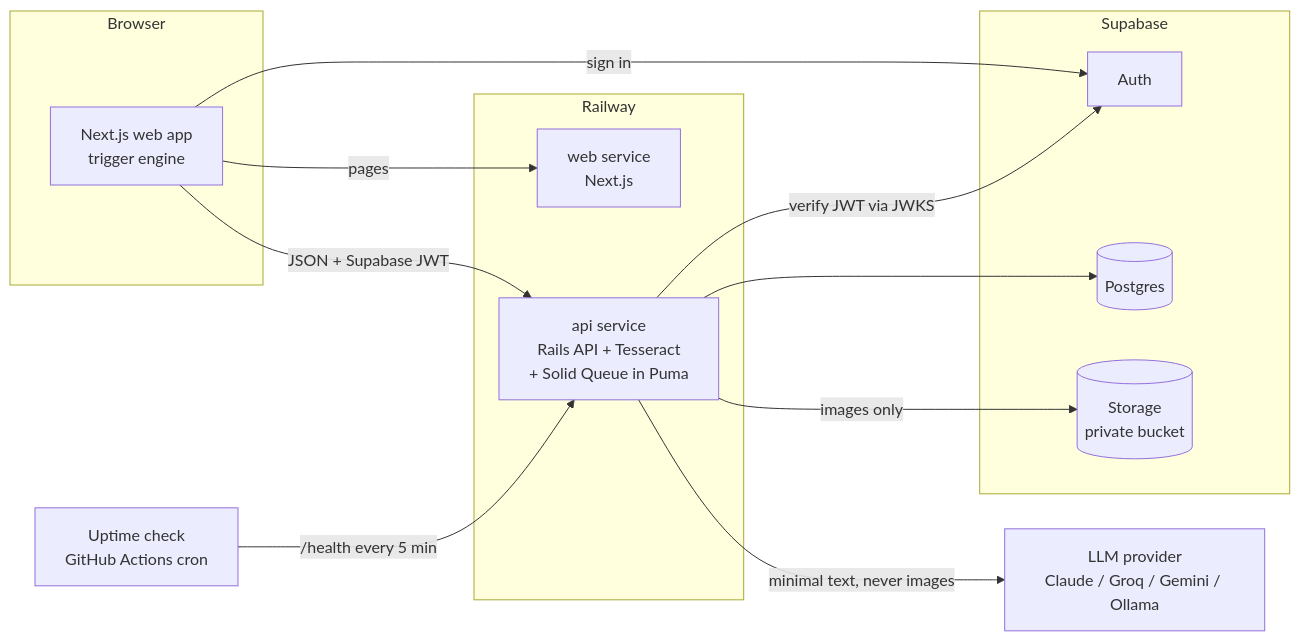
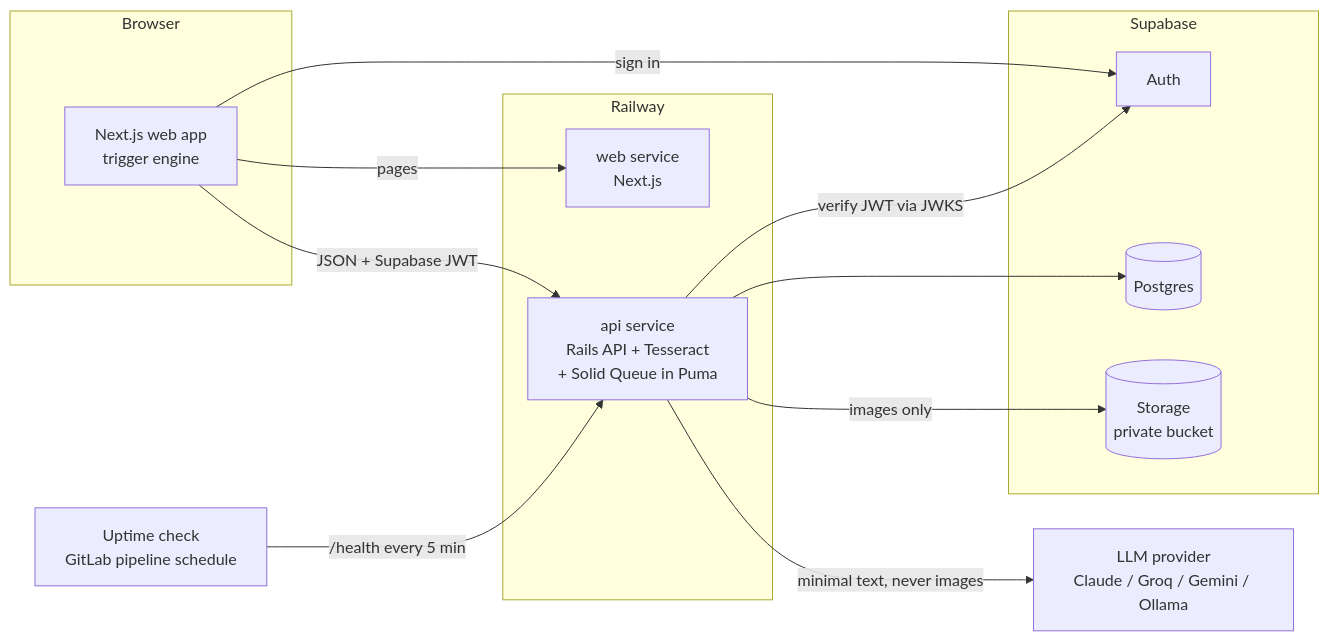
The first of 2 diagrams in ARCHITECTURE.md (Joe-Alfaro/ai-powered-onboarding-assistant), drawn with Mermaid before and after one commit. The commit also changed other lines of this file and 3 other files, not shown here.

Commit message:
docs: record the GitLab move and scaffold decisions

````diff
--- a/ARCHITECTURE.md
+++ b/ARCHITECTURE.md
@@ -19,26 +19,26 @@
 ```mermaid
 flowchart LR
   subgraph Browser
     W[Next.js web app<br/>trigger engine]
   end
   subgraph Railway
     WEB[web service<br/>Next.js]
     API[api service<br/>Rails API + Tesseract<br/>+ Solid Queue in Puma]
   end
   subgraph Supabase
     AUTH[Auth]
     DB[(Postgres)]
     ST[(Storage<br/>private bucket)]
   end
   LLM[LLM provider<br/>Claude / Groq / Gemini / Ollama]
-  UP[Uptime check<br/>GitHub Actions cron]
+  UP[Uptime check<br/>GitLab pipeline schedule]
 
   W -- sign in --> AUTH
   W -- pages --> WEB
   W -- JSON + Supabase JWT --> API
   API -- verify JWT via JWKS --> AUTH
   API --> DB
   API -- images only --> ST
   API -- minimal text, never images --> LLM
   UP -- /health every 5 min --> API
 ```
````
